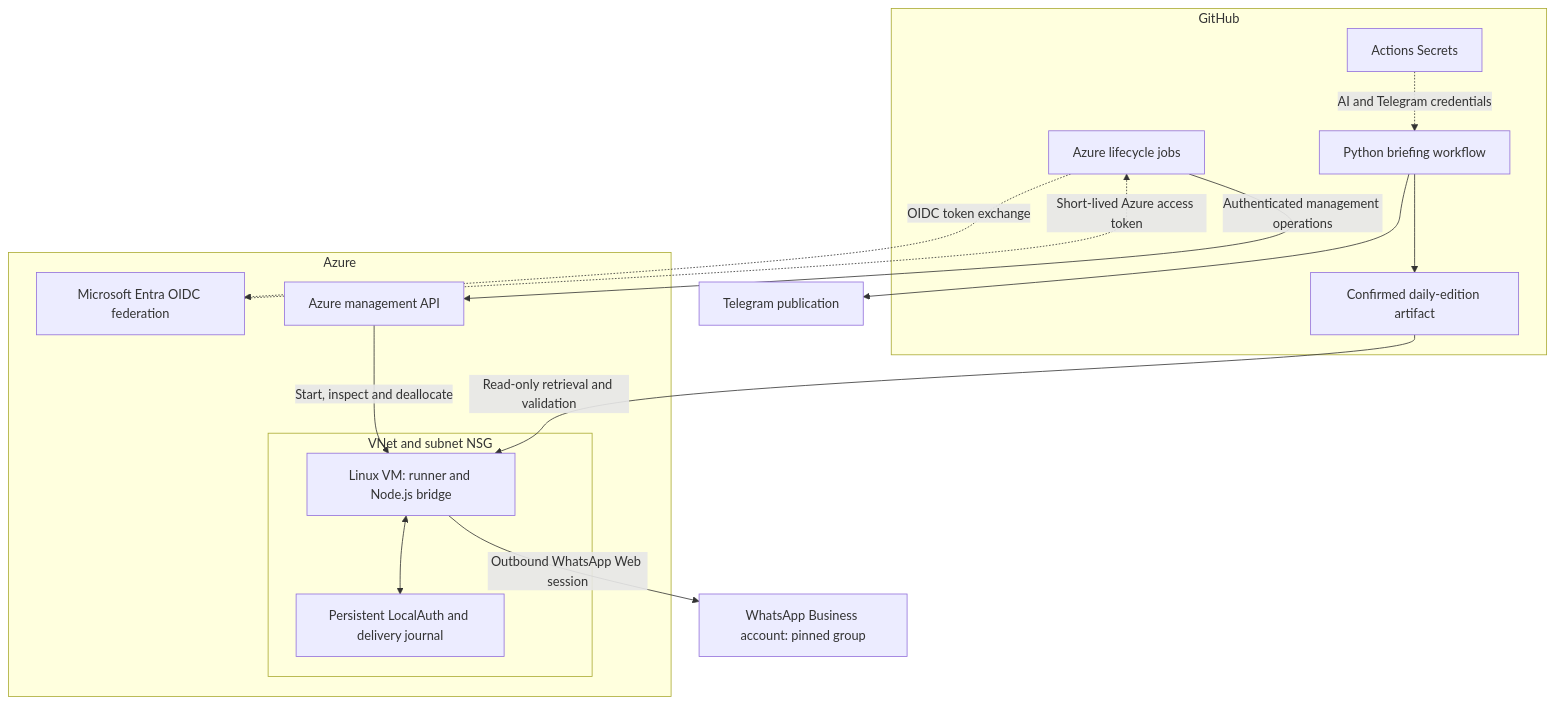
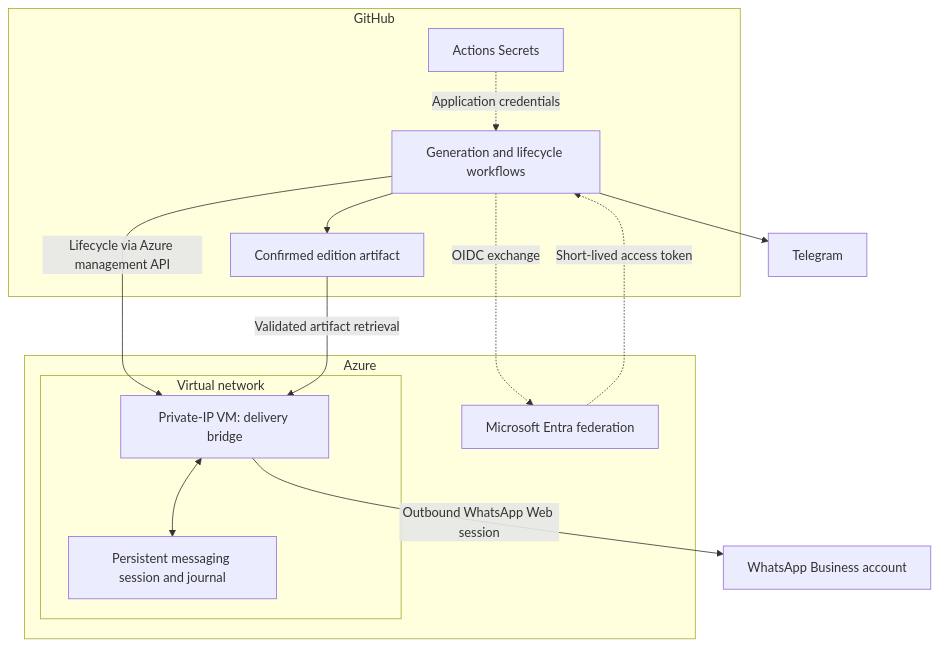
Before and after one commit to Popoo2020/Popoo2020: the diagram in case-studies/denmark-in-5-azure/README.md, drawn with Mermaid. The commit also changed other lines of this file and 6 other files, not shown here.

````diff
--- a/case-studies/denmark-in-5-azure/README.md
+++ b/case-studies/denmark-in-5-azure/README.md
@@ -26,29 +27,26 @@
 ```mermaid
 flowchart TD
     subgraph GH["GitHub"]
         S["Actions Secrets"]
-        P["Python briefing workflow"]
-        A["Confirmed daily-edition artifact"]
-        L["Azure lifecycle jobs"]
-        S -. "AI and Telegram credentials" .-> P
-        P --> A
+        G["Generation and lifecycle workflows"]
+        A["Confirmed edition artifact"]
+        S -. "Application credentials" .-> G
+        G --> A
     end
 
     subgraph AZ["Azure"]
-        E["Microsoft Entra OIDC federation"]
-        M["Azure management API"]
-        subgraph VN["VNet and subnet NSG"]
-            V["Linux VM: runner and Node.js bridge"]
-            D["Persistent LocalAuth and delivery journal"]
+        E["Microsoft Entra federation"]
+        subgraph VN["Virtual network"]
+            V["Private-IP VM: delivery bridge"]
+            D["Persistent messaging session and journal"]
             V <--> D
         end
-        M -->|"Start, inspect and deallocate"| V
     end
 
-    L -. "OIDC token exchange" .-> E
-    E -. "Short-lived Azure access token" .-> L
-    L -->|"Authenticated management operations"| M
-    A -->|"Read-only retrieval and validation"| V
-    P --> T["Telegram publication"]
-    V -->|"Outbound WhatsApp Web session"| W["WhatsApp Business account: pinned group"]
+    G -. "OIDC exchange" .-> E
+    E -. "Short-lived access token" .-> G
+    G -->|"Lifecycle via Azure management API"| V
+    A -->|"Validated artifact retrieval"| V
+    G --> T["Telegram"]
+    V -->|"Outbound WhatsApp Web session"| W["WhatsApp Business account"]
 ```
````
